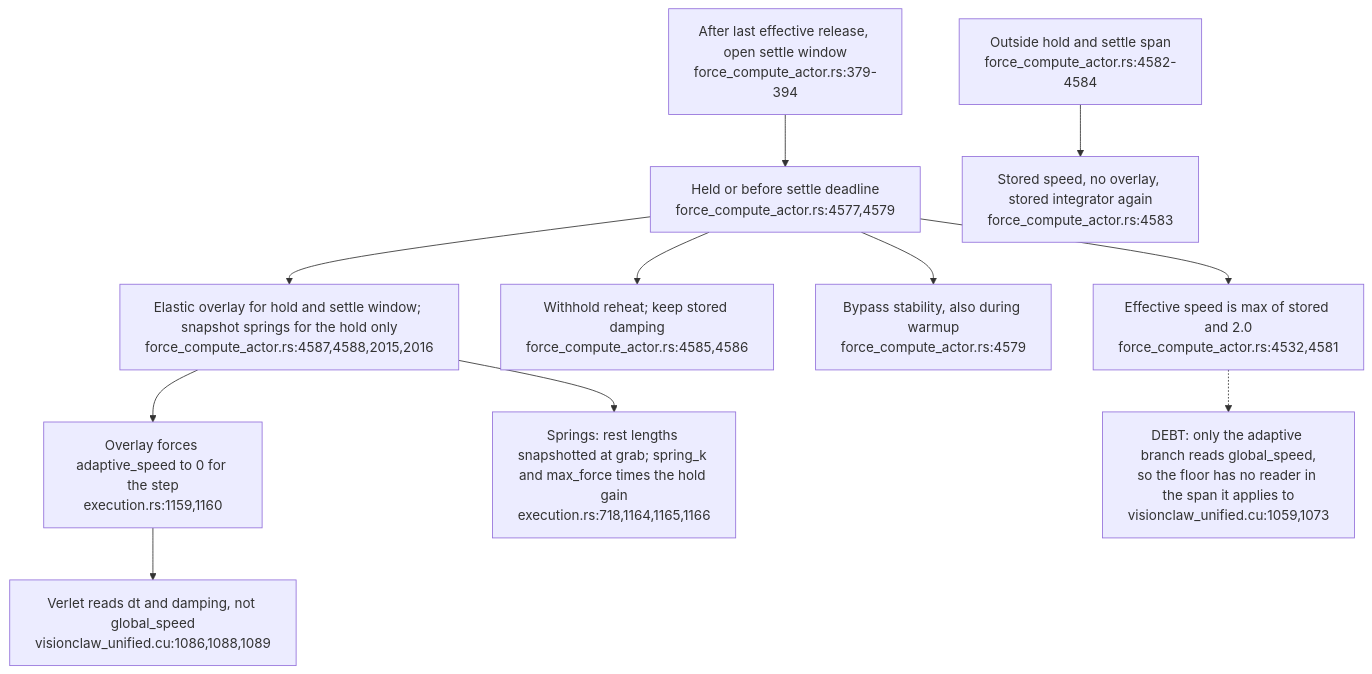
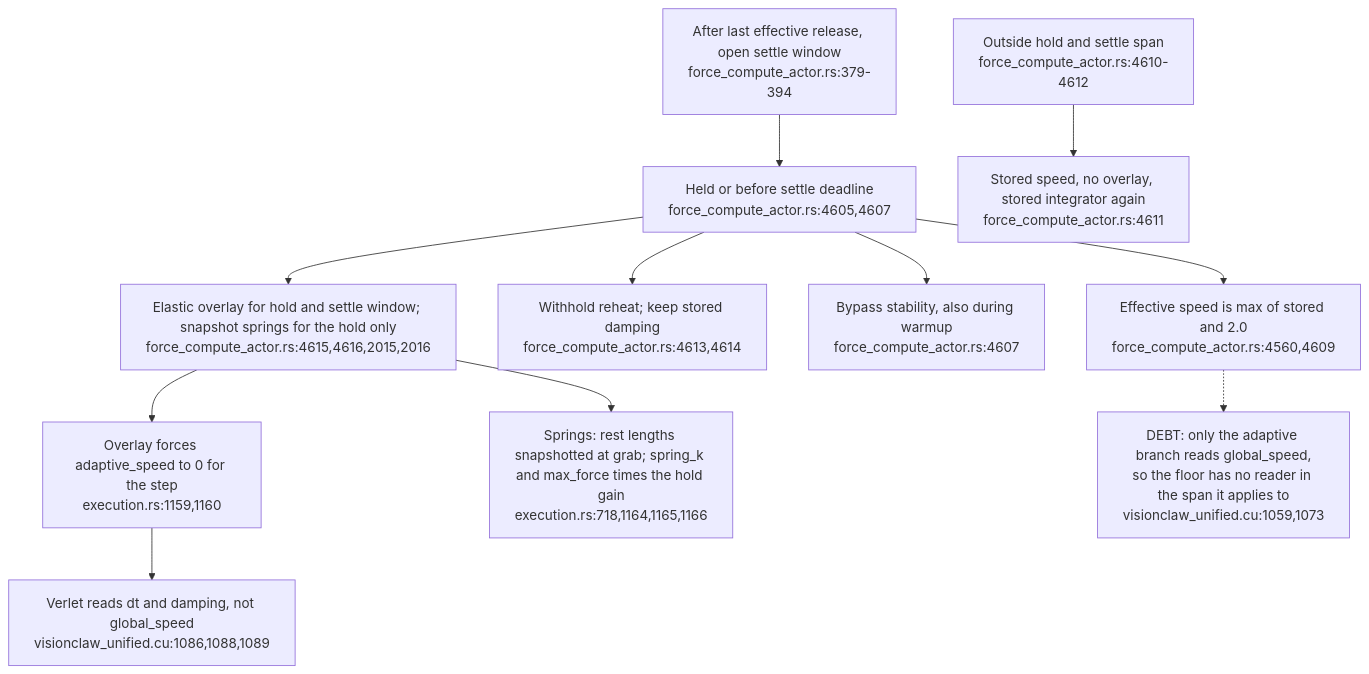
One commit to DreamLab-AI/VisionFlow changed the third of 7 diagrams in docs/diagrams/visionclaw/52-drag-holds-and-observation-gates.md. Above: the diagram before and after it, drawn with Mermaid. The commit also changed other lines of this file and 56 other files, not shown here.

First line of the commit message:
docs(diagrams): re-verify VisionClaw topics at ec785afa9, add VC-19/56/57 and the VisionClaw register

````diff
--- a/docs/diagrams/visionclaw/52-drag-holds-and-observation-gates.md
+++ b/docs/diagrams/visionclaw/52-drag-holds-and-observation-gates.md
@@ -71,13 +71,13 @@
 ```mermaid
 flowchart TD
-    RELEASE["After last effective release, open settle window<br/>force_compute_actor.rs:379-394"] --> SPAN["Held or before settle deadline<br/>force_compute_actor.rs:4577,4579"]
-    SPAN --> SPEED["Effective speed is max of stored and 2.0<br/>force_compute_actor.rs:4532,4581"]
-    SPAN --> HEAT["Withhold reheat; keep stored damping<br/>force_compute_actor.rs:4585,4586"]
-    SPAN --> BYPASS["Bypass stability, also during warmup<br/>force_compute_actor.rs:4579"]
-    SPAN --> OVER["Elastic overlay for hold and settle window; snapshot springs for the hold only<br/>force_compute_actor.rs:4587,4588,2015,2016"]
+    RELEASE["After last effective release, open settle window<br/>force_compute_actor.rs:379-394"] --> SPAN["Held or before settle deadline<br/>force_compute_actor.rs:4605,4607"]
+    SPAN --> SPEED["Effective speed is max of stored and 2.0<br/>force_compute_actor.rs:4560,4609"]
+    SPAN --> HEAT["Withhold reheat; keep stored damping<br/>force_compute_actor.rs:4613,4614"]
+    SPAN --> BYPASS["Bypass stability, also during warmup<br/>force_compute_actor.rs:4607"]
+    SPAN --> OVER["Elastic overlay for hold and settle window; snapshot springs for the hold only<br/>force_compute_actor.rs:4615,4616,2015,2016"]
     OVER --> VERLET["Overlay forces adaptive_speed to 0 for the step<br/>execution.rs:1159,1160"]
     OVER --> GAIN["Springs: rest lengths snapshotted at grab; spring_k and max_force times the hold gain<br/>execution.rs:718,1164,1165,1166"]
     VERLET --> INT["Verlet reads dt and damping, not global_speed<br/>visionclaw_unified.cu:1086,1088,1089"]
     SPEED -.-> DEAD["DEBT: only the adaptive branch reads global_speed,<br/>so the floor has no reader in the span it applies to<br/>visionclaw_unified.cu:1059,1073"]
-    DONE["Outside hold and settle span<br/>force_compute_actor.rs:4582-4584"] --> STORED["Stored speed, no overlay, stored integrator again<br/>force_compute_actor.rs:4583"]
+    DONE["Outside hold and settle span<br/>force_compute_actor.rs:4610-4612"] --> STORED["Stored speed, no overlay, stored integrator again<br/>force_compute_actor.rs:4611"]
 ```
````
